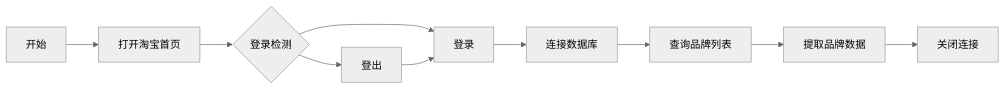
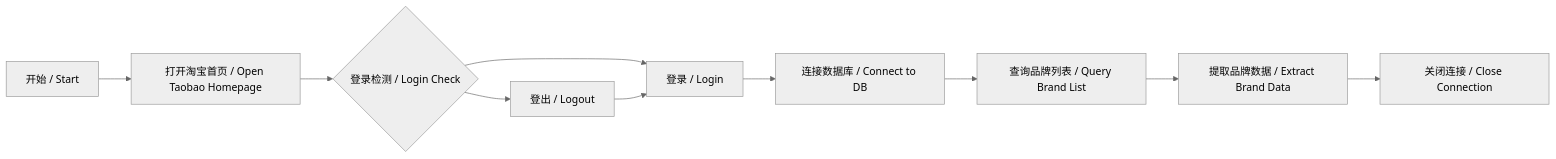
The second of 6 diagrams in README.md (041008Ashley/2025-platform-price-crawling-tool), drawn with Mermaid (neutral theme) before and after one commit. The commit also changed other lines of this file, not shown here.

````diff
--- a/README.md
+++ b/README.md
@@ -96,12 +94,12 @@
 ```mermaid
 graph LR
-    A[开始] --> B[打开淘宝首页]
-    B --> C{登录检测}
-    C --> D[登出]
-    C --> E[登录]
+    A[开始 / Start] --> B[打开淘宝首页 / Open Taobao Homepage]
+    B --> C{登录检测 / Login Check}
+    C --> D[登出 / Logout]
+    C --> E[登录 / Login]
     D --> E
-    E --> F[连接数据库]
-    F --> G[查询品牌列表]
-    G --> H[提取品牌数据]
-    H --> I[关闭连接]
+    E --> F[连接数据库 / Connect to DB]
+    F --> G[查询品牌列表 / Query Brand List]
+    G --> H[提取品牌数据 / Extract Brand Data]
+    H --> I[关闭连接 / Close Connection]
 ```
````
